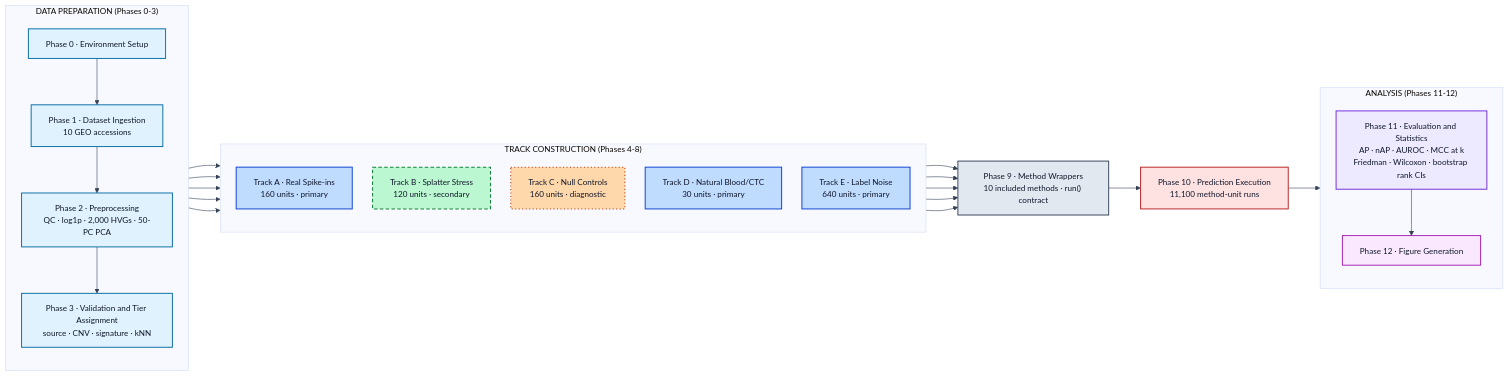
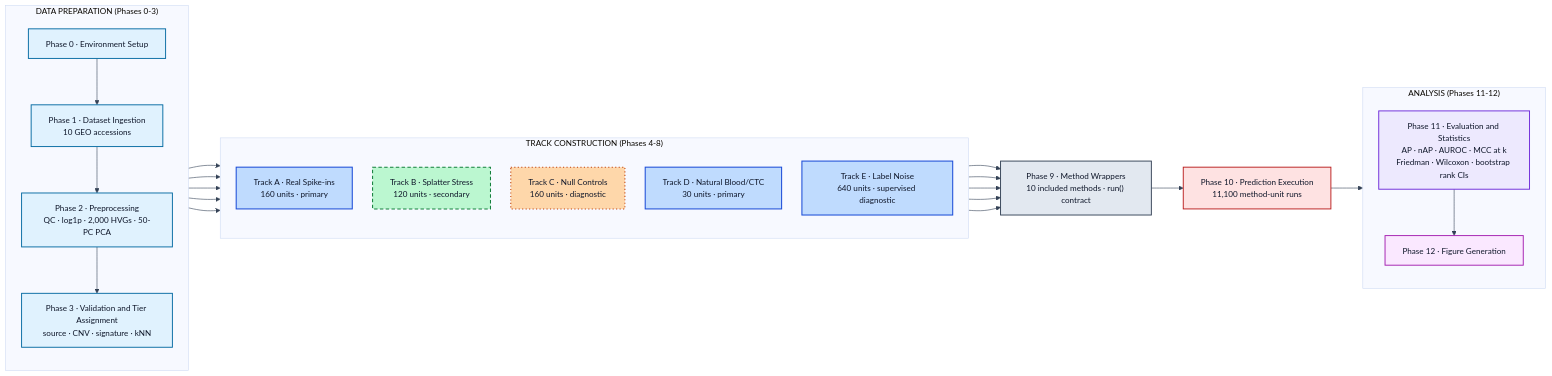
Before and after one commit to jaswanthmoram/reach-rarecell-benchmark: the diagram in docs/assets/architecture.mmd, drawn with Mermaid. The commit also changed 4 other files, not shown here.

```diff
--- a/docs/assets/architecture.mmd
+++ b/docs/assets/architecture.mmd
@@ -1,60 +1,60 @@
 %%{init: {"theme":"base","themeVariables":{"fontFamily":"Helvetica, Arial, sans-serif","fontSize":"14px","lineColor":"#334155"},"flowchart":{"nodeSpacing":35,"rankSpacing":55,"curve":"basis","htmlLabels":false}}}%%
 flowchart LR
 
   subgraph PREP["DATA PREPARATION (Phases 0-3)"]
     direction TB
     P0["Phase 0 · Environment Setup"]
     P1["Phase 1 · Dataset Ingestion<br/>10 GEO accessions"]
     P2["Phase 2 · Preprocessing<br/>QC · log1p · 2,000 HVGs · 50-PC PCA"]
     P3["Phase 3 · Validation and Tier Assignment<br/>source · CNV · signature · kNN"]
     P0 --> P1 --> P2 --> P3
   end
 
   subgraph TRACKS["TRACK CONSTRUCTION (Phases 4-8)"]
     direction TB
     TA["Track A · Real Spike-ins<br/>160 units · primary"]
     TB["Track B · Splatter Stress<br/>120 units · secondary"]
     TC["Track C · Null Controls<br/>160 units · diagnostic"]
     TD["Track D · Natural Blood/CTC<br/>30 units · primary"]
-    TE["Track E · Label Noise<br/>640 units · primary"]
+    TE["Track E · Label Noise<br/>640 units · supervised diagnostic"]
   end
 
   P9["Phase 9 · Method Wrappers<br/>10 included methods · run() contract"]
   P10["Phase 10 · Prediction Execution<br/>11,100 method-unit runs"]
 
   subgraph EVAL["ANALYSIS (Phases 11-12)"]
     direction TB
     P11["Phase 11 · Evaluation and Statistics<br/>AP · nAP · AUROC · MCC at k<br/>Friedman · Wilcoxon · bootstrap rank CIs"]
     P12["Phase 12 · Figure Generation"]
     P11 --> P12
   end
 
   P3 --> TA
   P3 --> TB
   P3 --> TC
   P3 --> TD
   P3 --> TE
   TA --> P9
   TB --> P9
   TC --> P9
   TD --> P9
   TE --> P9
   P9 --> P10 --> P11
 
   classDef prep    fill:#e0f2fe,stroke:#0369a1,stroke-width:1.6px,color:#0f172a;
   classDef primary fill:#bfdbfe,stroke:#1d4ed8,stroke-width:1.8px,color:#0f172a;
   classDef second  fill:#bbf7d0,stroke:#15803d,stroke-width:1.8px,stroke-dasharray:6 4,color:#0f172a;
   classDef diag    fill:#fed7aa,stroke:#c2410c,stroke-width:1.8px,stroke-dasharray:2 4,color:#0f172a;
   classDef method  fill:#e2e8f0,stroke:#334155,stroke-width:1.6px,color:#0f172a;
   classDef exec    fill:#fee2e2,stroke:#b91c1c,stroke-width:1.6px,color:#0f172a;
   classDef eval    fill:#ede9fe,stroke:#6d28d9,stroke-width:1.6px,color:#0f172a;
   classDef figs    fill:#fae8ff,stroke:#a21caf,stroke-width:1.6px,color:#0f172a;
 
   class P0,P1,P2,P3 prep;
   class TA,TD,TE primary;
   class TB second;
   class TC diag;
   class P9 method;
   class P10 exec;
   class P11 eval;
   class P12 figs;
```
